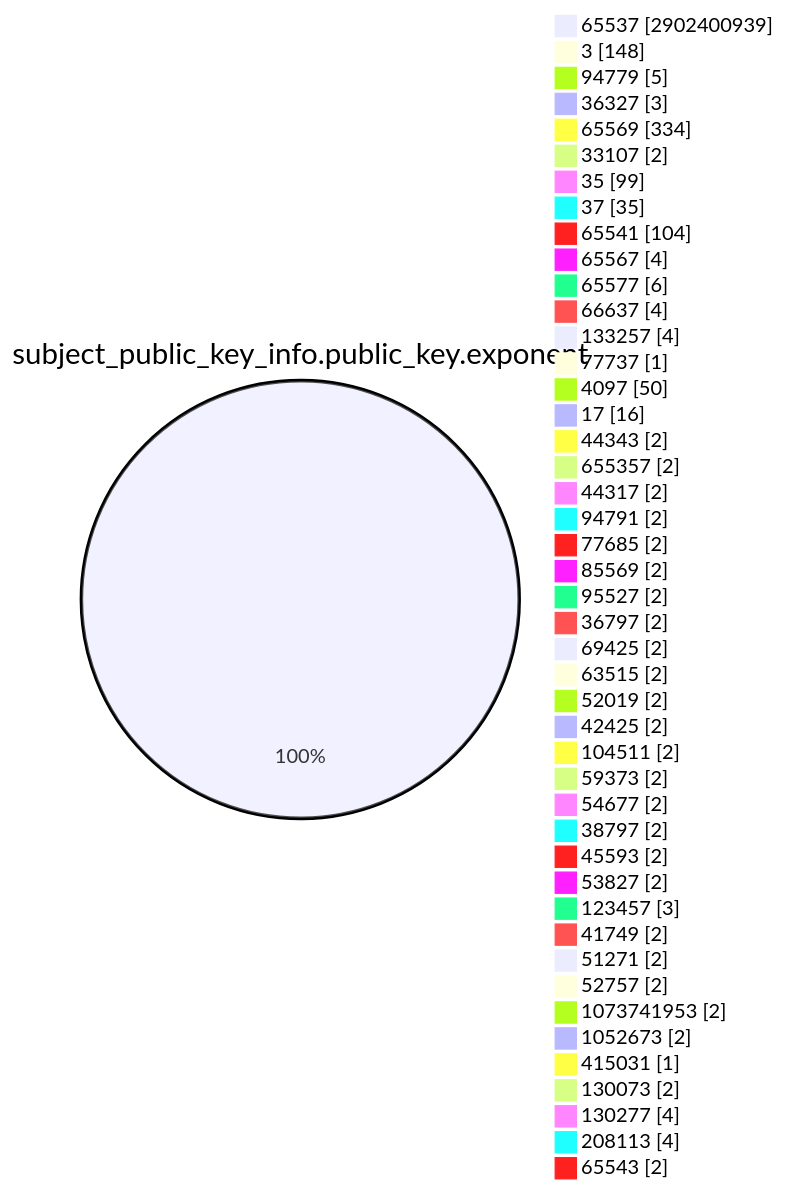
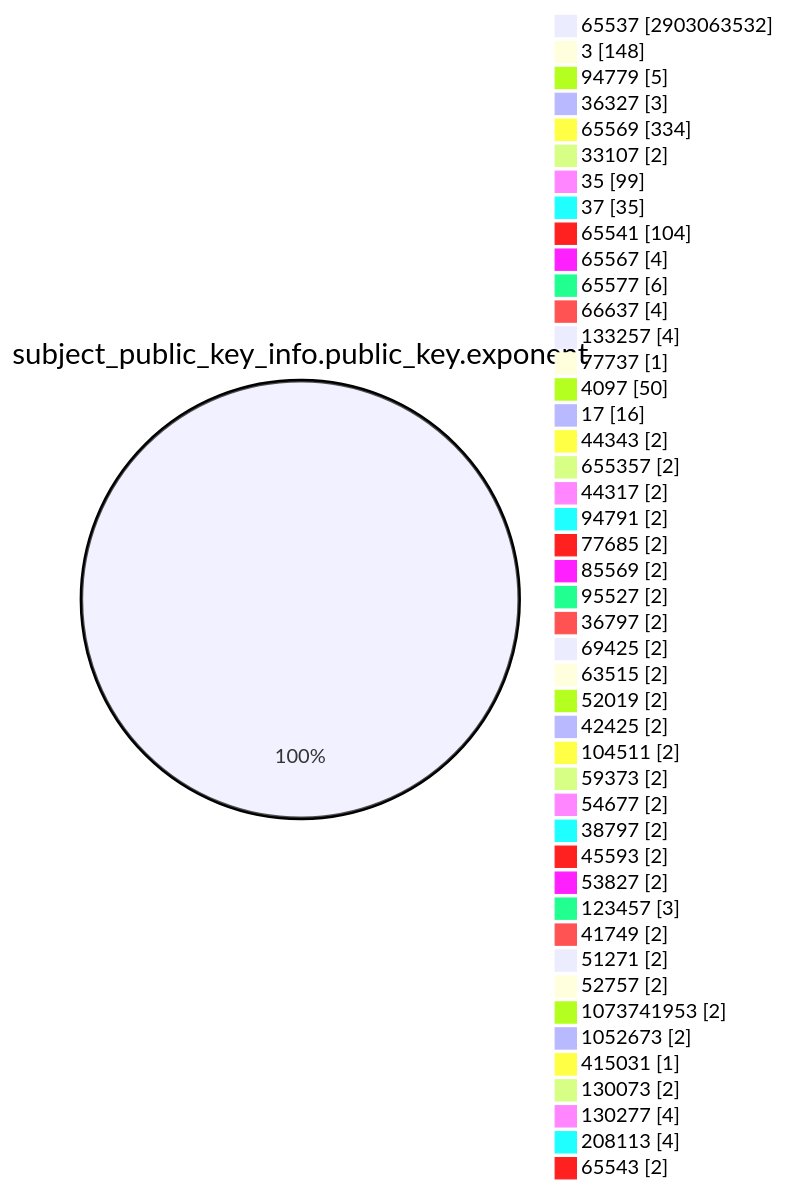
The fourth of 15 diagrams in TOTAL/README.md (christiankrug/ctmonitor_visualization), drawn with Mermaid before and after one commit. The commit also changed other lines of this file, not shown here.

````diff
--- a/TOTAL/README.md
+++ b/TOTAL/README.md
@@ -1469,49 +1469,49 @@
 ```mermaid
 pie showData
 title subject_public_key_info.public_key.exponent
-"65537" :2902400939
+"65537" :2903063532
 "3" :148
 "94779" :5
 "36327" :3
 "65569" :334
 "33107" :2
 "35" :99
 "37" :35
 "65541" :104
 "65567" :4
 "65577" :6
 "66637" :4
 "133257" :4
 "77737" :1
 "4097" :50
 "17" :16
 "44343" :2
 "655357" :2
 "44317" :2
 "94791" :2
 "77685" :2
 "85569" :2
 "95527" :2
 "36797" :2
 "69425" :2
 "63515" :2
 "52019" :2
 "42425" :2
 "104511" :2
 "59373" :2
 "54677" :2
 "38797" :2
 "45593" :2
 "53827" :2
 "123457" :3
 "41749" :2
 "51271" :2
 "52757" :2
 "1073741953" :2
 "1052673" :2
 "415031" :1
 "130073" :2
 "130277" :4
 "208113" :4
 "65543" :2
 ```
````
